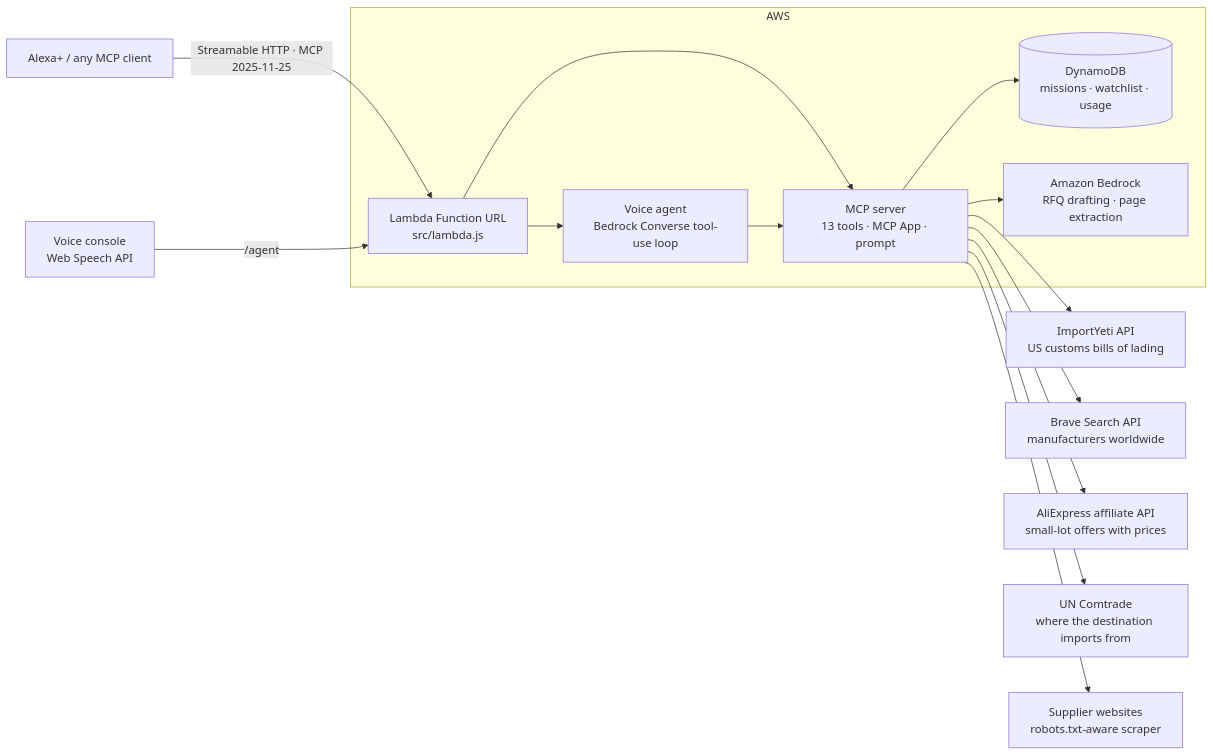
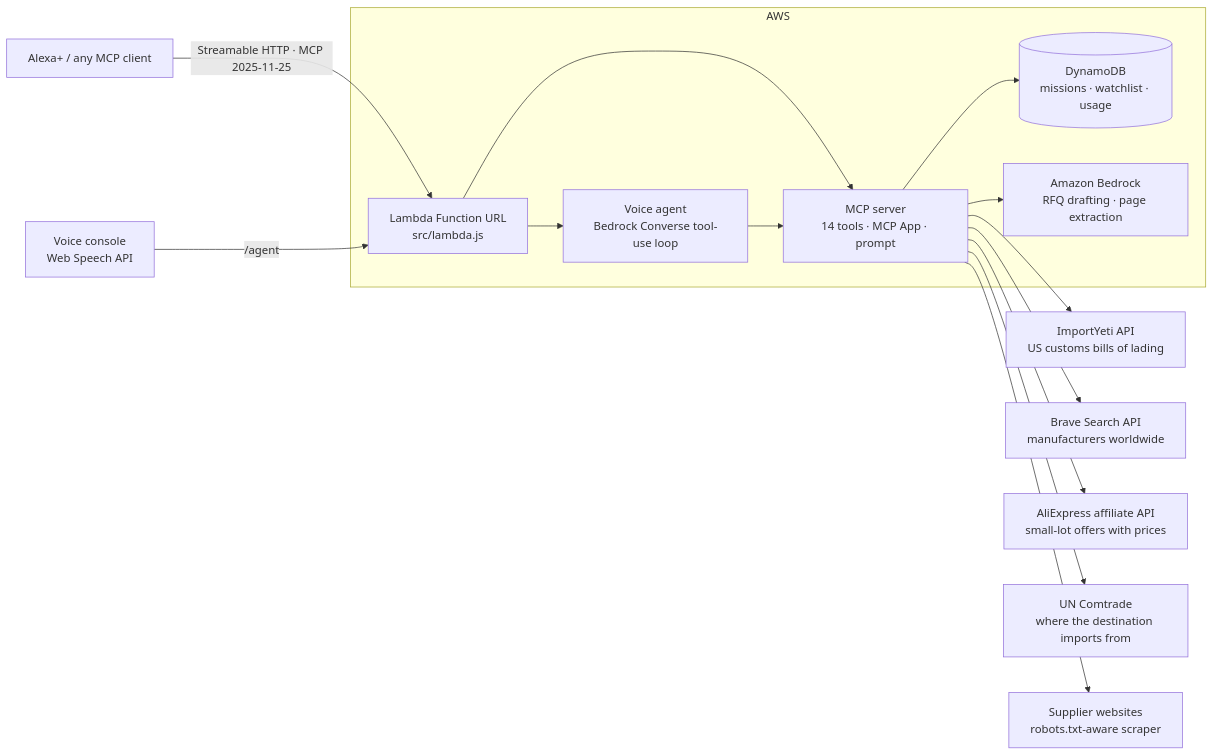
One commit to Heya-56/manalog changed the diagram in README.md. Above: the diagram before and after it, drawn with Mermaid. The commit also changed other lines of this file and 4 other files, not shown here.

````diff
--- a/README.md
+++ b/README.md
@@ -36,17 +37,17 @@
 ```mermaid
 flowchart LR
   A[Alexa+ / any MCP client] -- Streamable HTTP · MCP 2025-11-25 --> L
   V[Voice console<br/>Web Speech API] -- /agent --> L
   subgraph AWS
-    L[Lambda Function URL<br/>src/lambda.js] --> M[MCP server<br/>13 tools · MCP App · prompt]
+    L[Lambda Function URL<br/>src/lambda.js] --> M[MCP server<br/>14 tools · MCP App · prompt]
     L --> AG[Voice agent<br/>Bedrock Converse tool-use loop]
     AG --> M
     M --> D[(DynamoDB<br/>missions · watchlist · usage)]
     M --> B[Amazon Bedrock<br/>RFQ drafting · page extraction]
   end
   M --> IY[ImportYeti API<br/>US customs bills of lading]
   M --> WS[Brave Search API<br/>manufacturers worldwide]
   M --> AE[AliExpress affiliate API<br/>small-lot offers with prices]
   M --> UN[UN Comtrade<br/>where the destination imports from]
   M --> W[Supplier websites<br/>robots.txt-aware scraper]
 ```
````
